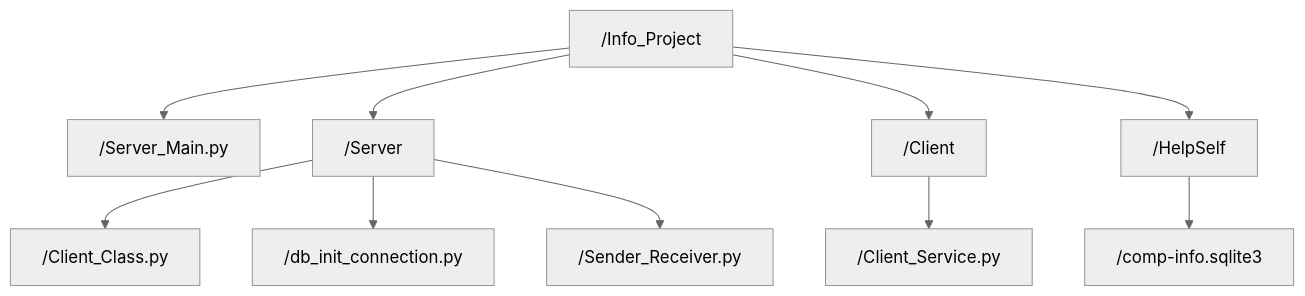
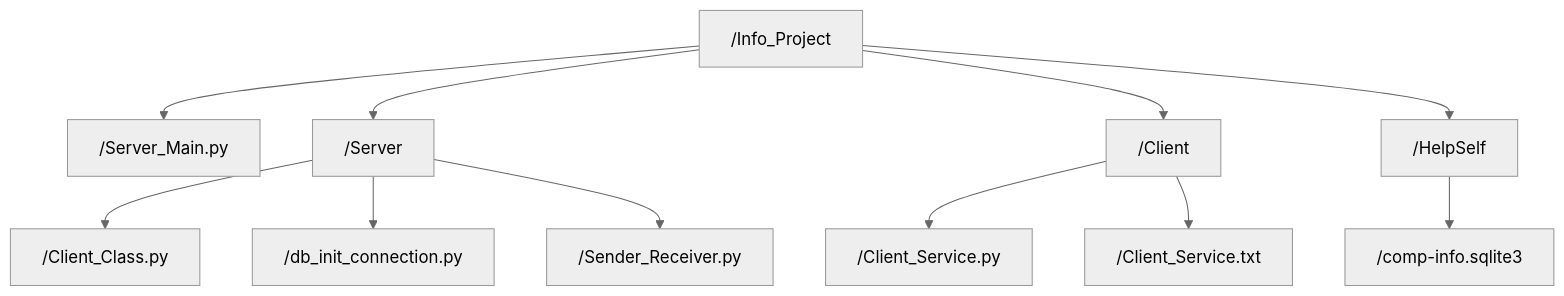
The first of 4 diagrams in README.md (YazidEl7/Info_Project), drawn with Mermaid (neutral theme) before and after one commit.

````diff
--- a/README.md
+++ b/README.md
@@ -20,12 +20,13 @@
 ```mermaid
 graph TD;
     /Info_Project-->/Server_Main.py;
     /Info_Project-->/Server;
     /Info_Project-->/Client;
     /Client-->/Client_Service.py;
+    /Client-->/Client_Service.txt;
     /Server-->/Client_Class.py;
     /Server-->/db_init_connection.py;
     /Server-->/Sender_Receiver.py;
     /Info_Project-->/HelpSelf;
     /HelpSelf-->/comp-info.sqlite3;
 ```
````
